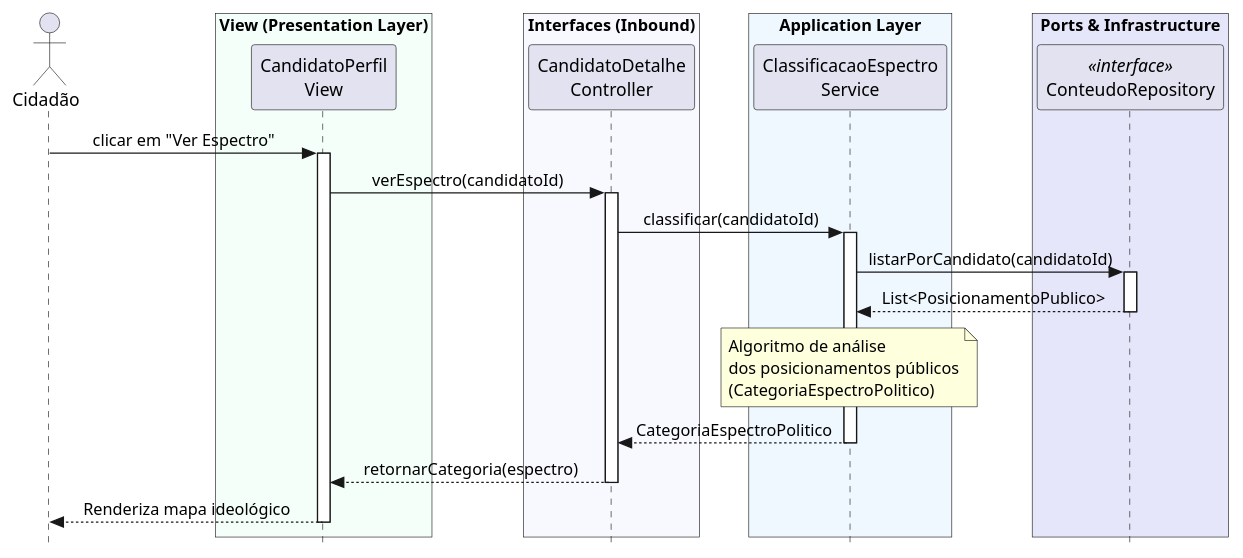
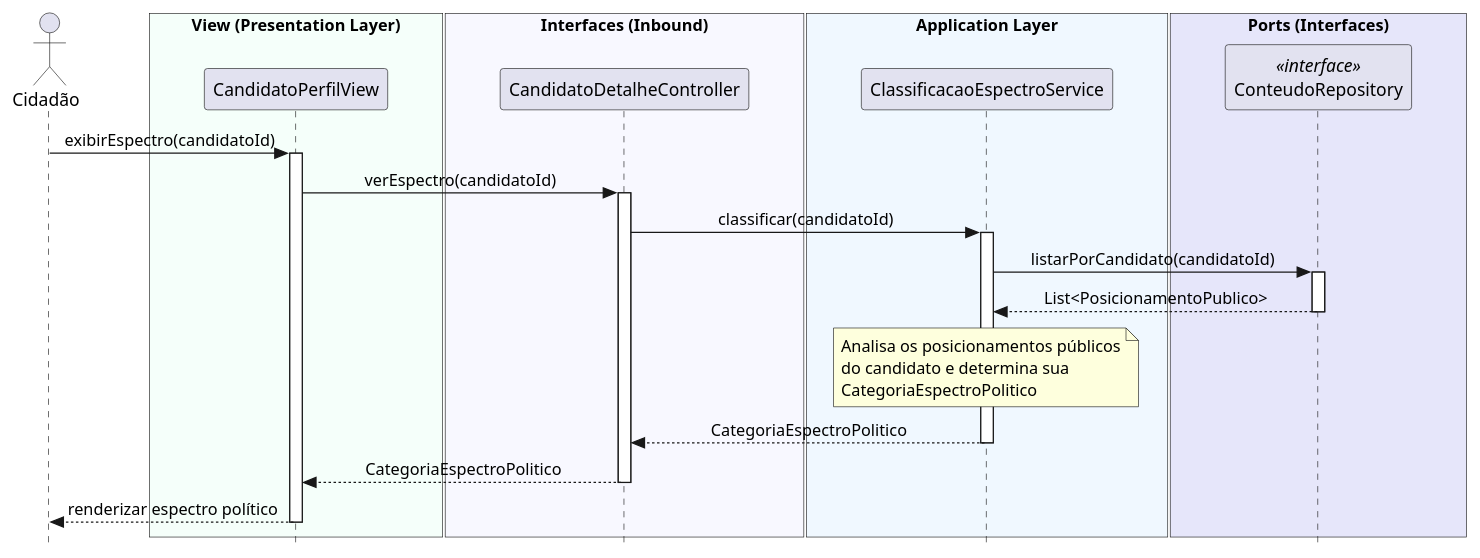
The diagram in Documentação /04 - Implementação/Diagramas_de_Squência_de_Implementação/UC1.md (gabrielfaravola/ProjetoEngenharia), drawn with PlantUML before and after one commit. The commit also changed other lines of this file, not shown here.

````diff
--- a/Documentação /04 - Implementação/Diagramas_de_Squência_de_Implementação/UC1.md
+++ b/Documentação /04 - Implementação/Diagramas_de_Squência_de_Implementação/UC1.md
@@ -6,54 +6,56 @@
 ```plantuml
 @startuml
 skinparam style strictuml
 skinparam sequenceMessageAlign center
+skinparam ParticipantPadding 40
 
 actor "Cidadão" as User
 
 box "View (Presentation Layer)" #MintCream
-    participant "CandidatoPerfil\nView" as View
+participant "CandidatoPerfilView" as View
 end box
 
 box "Interfaces (Inbound)" #GhostWhite
-    participant "CandidatoDetalhe\nController" as Ctrl
+participant "CandidatoDetalheController" as Ctrl
 end box
 
 box "Application Layer" #AliceBlue
-    participant "ClassificacaoEspectro\nService" as Service
+participant "ClassificacaoEspectroService" as Service
 end box
 
-box "Ports & Infrastructure" #Lavender
-    participant "ConteudoRepository" as Repo <<interface>>
+box "Ports (Interfaces)" #Lavender
+participant "ConteudoRepository" as Repo <<interface>>
 end box
 
-User -> View : clicar em "Ver Espectro"
+User -> View : exibirEspectro(candidatoId)
 activate View
 
 View -> Ctrl : verEspectro(candidatoId)
 activate Ctrl
 
 Ctrl -> Service : classificar(candidatoId)
 activate Service
 
 Service -> Repo : listarPorCandidato(candidatoId)
 activate Repo
+
 Repo --> Service : List<PosicionamentoPublico>
 deactivate Repo
 
 note over Service
-Algoritmo de análise
-dos posicionamentos públicos
-(CategoriaEspectroPolitico)
+Analisa os posicionamentos públicos
+do candidato e determina sua
+CategoriaEspectroPolitico
 end note
 
 Service --> Ctrl : CategoriaEspectroPolitico
 deactivate Service
 
-Ctrl --> View : retornarCategoria(espectro)
+Ctrl --> View : CategoriaEspectroPolitico
 deactivate Ctrl
 
-View --> User : Renderiza mapa ideológico
+View --> User : renderizar espectro político
 deactivate View
 
 @enduml
 ```
````
